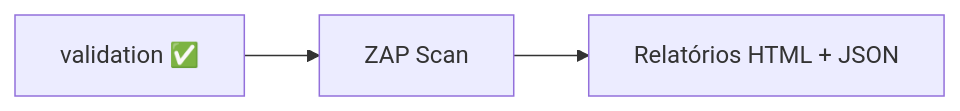
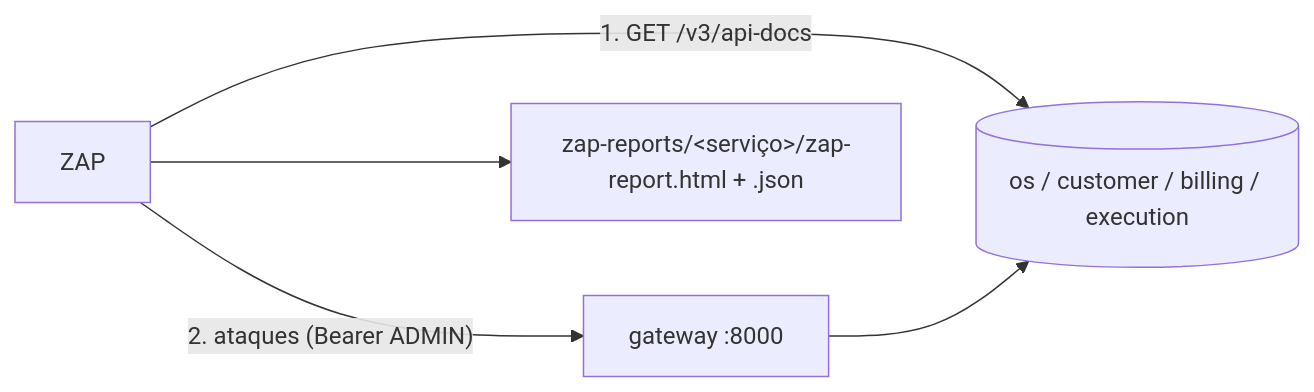
The diagram in 06 - Seguranca/OWASP ZAP.md (TechChalleng-FIAP-SOAT/workbench-technical-documentation), drawn with Mermaid before and after one commit. The commit also changed other lines of this file and 38 other files, not shown here.

````diff
--- a/06 - Seguranca/OWASP ZAP.md
+++ b/06 - Seguranca/OWASP ZAP.md
@@ -30,5 +37,7 @@
 ```mermaid
 graph LR
-    validation[validation ✅] --> zap[ZAP Scan]
-    zap --> report[Relatórios HTML + JSON]
+    zap[ZAP] -- "1. GET /v3/api-docs" --> svc[(os / customer / billing / execution)]
+    zap -- "2. ataques (Bearer ADMIN)" --> gw[gateway :8000]
+    gw --> svc
+    zap --> rep[zap-reports/&lt;serviço&gt;/zap-report.html + .json]
 ```
````
